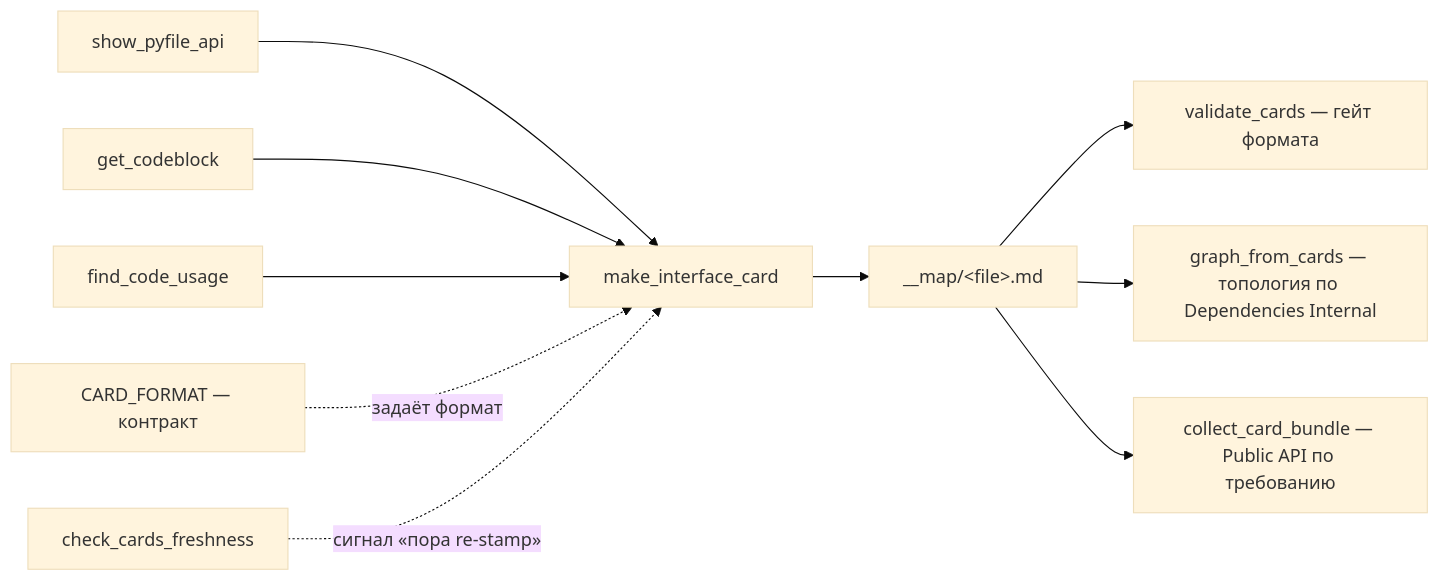
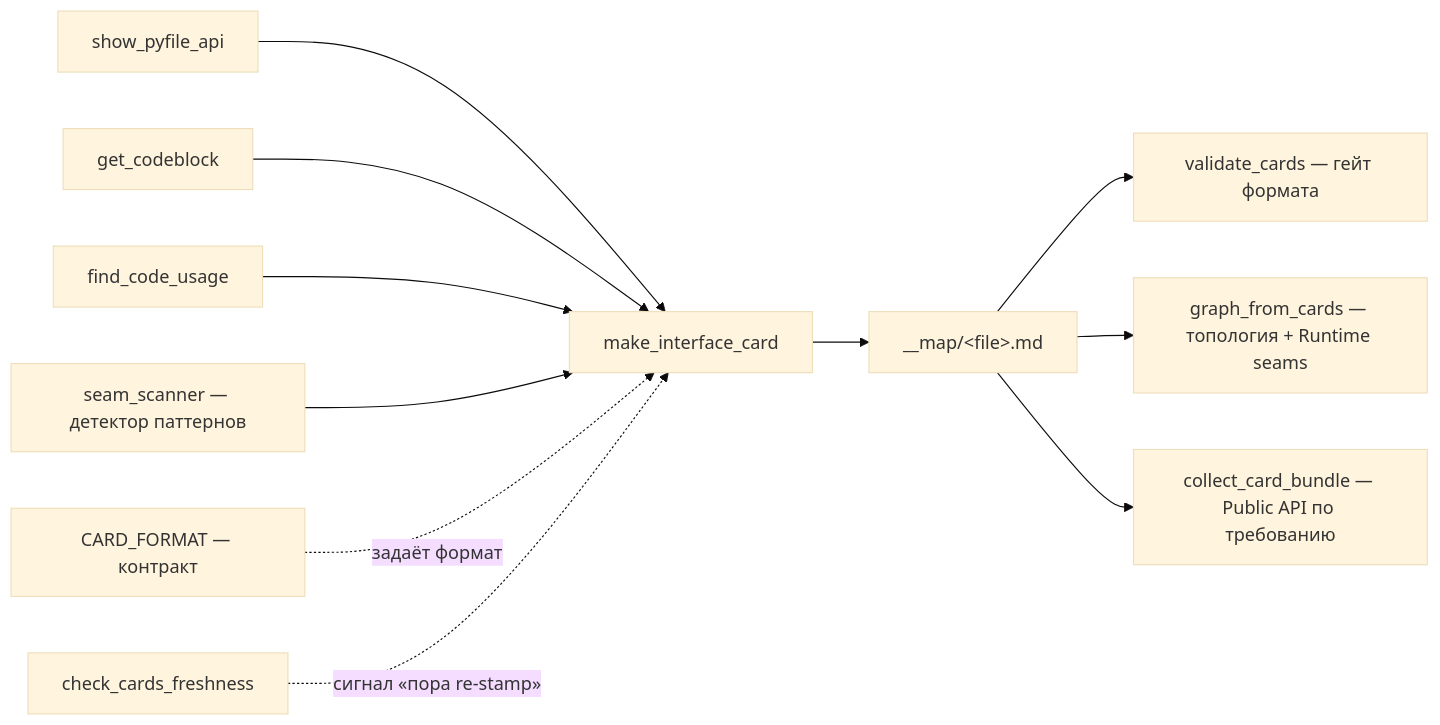
Before and after one commit to seneelya/Project-Context-Box-Tools: the diagram in make_interface_card__README.md, drawn with Mermaid (base theme). The commit also changed other lines of this file, not shown here.

Commit message:
make_interface_card__README: rename Dependencies section, add Runtime seams section

````diff
--- a/make_interface_card__README.md
+++ b/make_interface_card__README.md
@@ -162,12 +186,13 @@
 ```mermaid
 flowchart LR
     SPA[show_pyfile_api] --> MIC[make_interface_card]
     GCB[get_codeblock] --> MIC
     FCU[find_code_usage] --> MIC
+    SS[seam_scanner — детектор паттернов] --> MIC
     CF[CARD_FORMAT — контракт] -.задаёт формат.-> MIC
     MIC --> CARD["__map/&lt;file&gt;.md"]
     CARD --> VC[validate_cards — гейт формата]
-    CARD --> GFC[graph_from_cards — топология по Dependencies Internal]
+    CARD --> GFC[graph_from_cards — топология + Runtime seams]
     CARD --> CCB[collect_card_bundle — Public API по требованию]
     CCF[check_cards_freshness] -.сигнал «пора re-stamp».-> MIC
 ```
````
